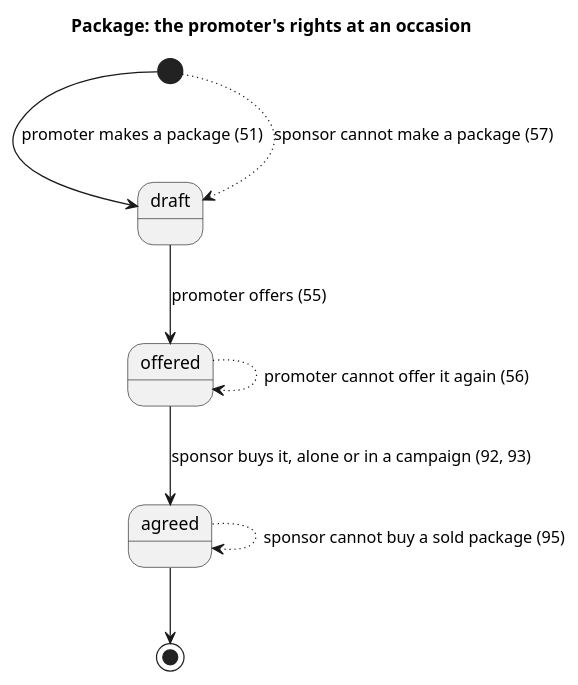
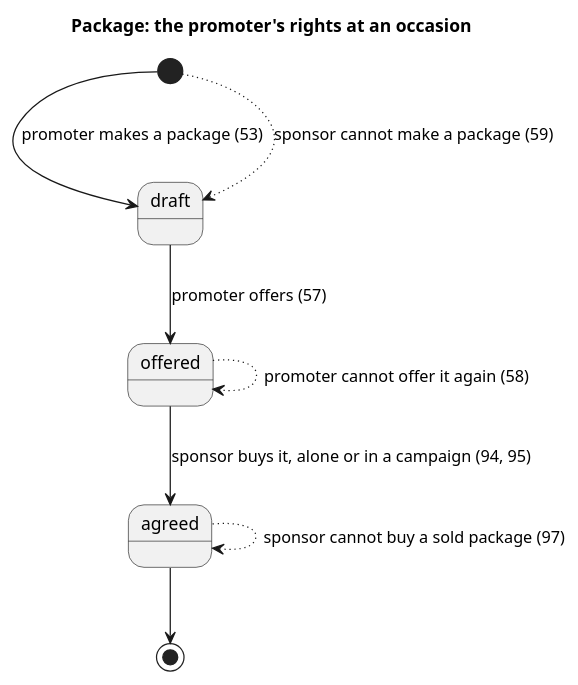
The diagram in uml/londons/src/package.puml (blueshed/dzql), drawn with PlantUML before and after one commit. The commit also changed 15 other files, not shown here.

```diff
--- a/uml/londons/src/package.puml
+++ b/uml/londons/src/package.puml
@@ -1,10 +1,10 @@
 @startuml
 title Package: the promoter's rights at an occasion
-[*] --> draft : promoter makes a package (51)
-draft --> offered : promoter offers (55)
-offered -[dotted]-> offered : promoter cannot offer it again (56)
-[*] -[dotted]-> draft : sponsor cannot make a package (57)
-offered --> agreed : sponsor buys it, alone or in a campaign (92, 93)
-agreed -[dotted]-> agreed : sponsor cannot buy a sold package (95)
+[*] --> draft : promoter makes a package (53)
+draft --> offered : promoter offers (57)
+offered -[dotted]-> offered : promoter cannot offer it again (58)
+[*] -[dotted]-> draft : sponsor cannot make a package (59)
+offered --> agreed : sponsor buys it, alone or in a campaign (94, 95)
+agreed -[dotted]-> agreed : sponsor cannot buy a sold package (97)
 agreed --> [*]
 @enduml
```
